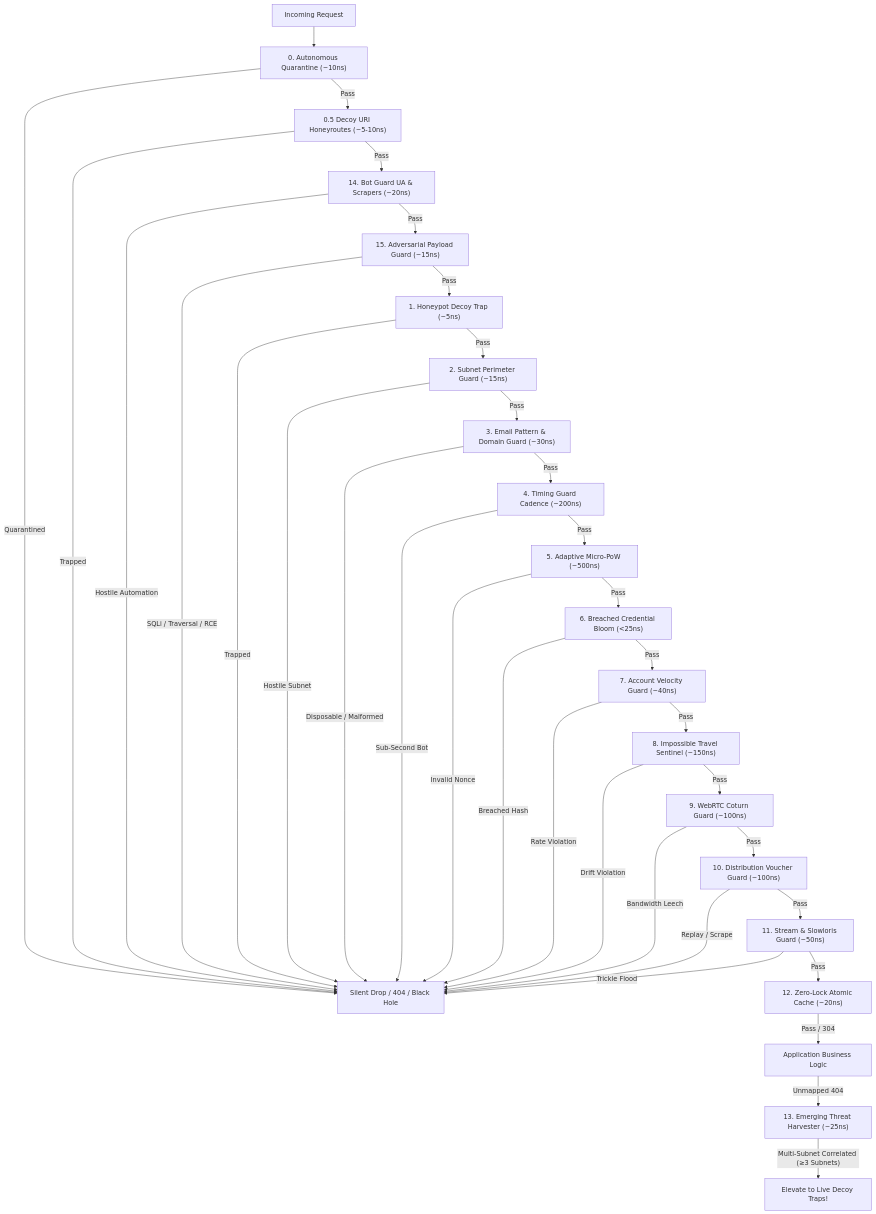
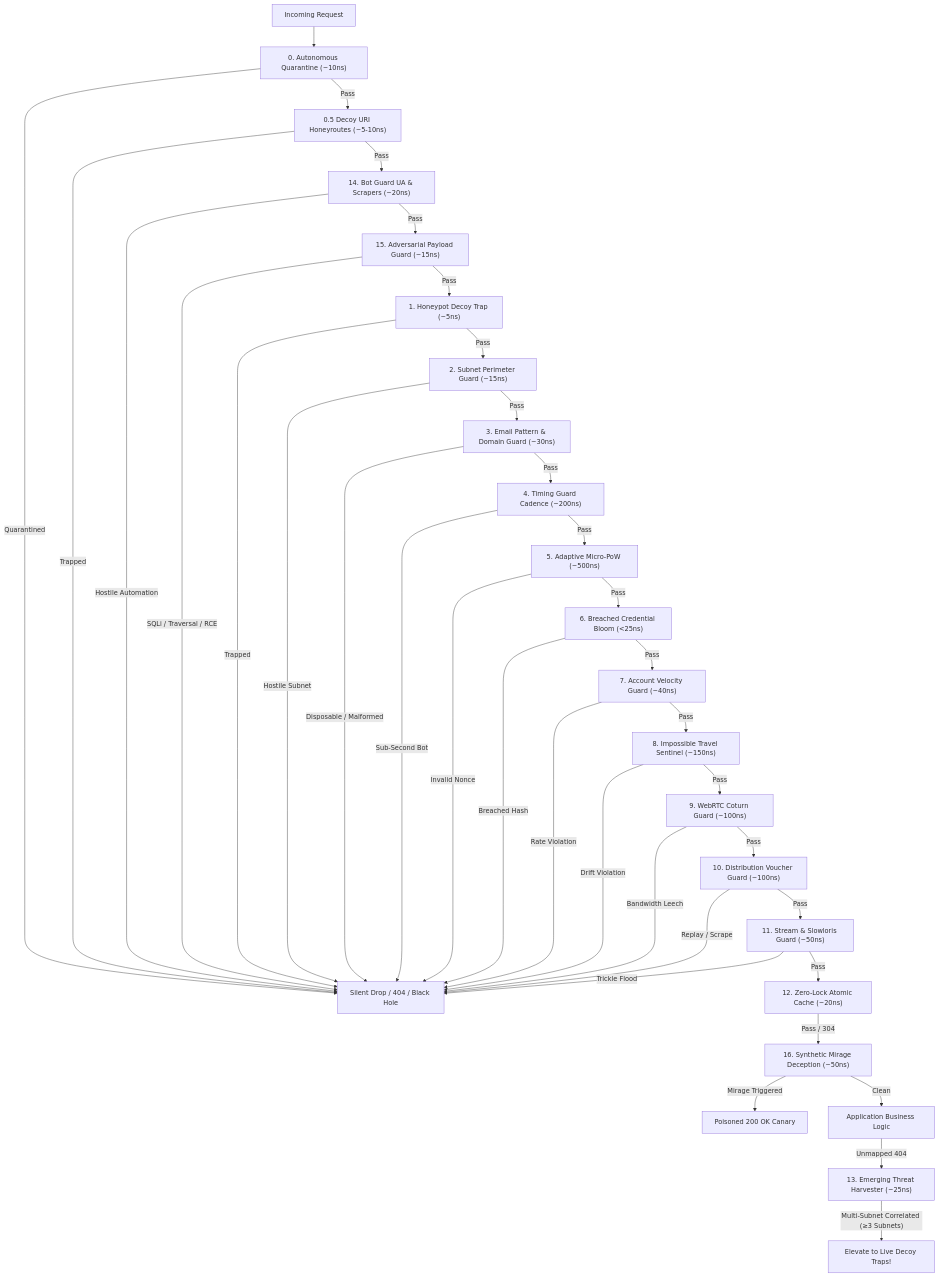
The first of 2 diagrams in docs/01_ARCHITECTURE_AND_COST_HIERARCHY.md (rmediatech/phylax), drawn with Mermaid before and after one commit. The commit also changed other lines of this file and 3 other files, not shown here.

Commit message:
docs: synchronize 16-layer architecture hierarchy, test counts, and v0.6.0 release links

````diff
--- a/docs/01_ARCHITECTURE_AND_COST_HIERARCHY.md
+++ b/docs/01_ARCHITECTURE_AND_COST_HIERARCHY.md
@@ -27,37 +27,39 @@
 ```mermaid
 flowchart TD
     REQ["Incoming Request"] --> L0["0. Autonomous Quarantine (~10ns)"]
     L0 -- Quarantined --> STOP["Silent Drop / 404 / Black Hole"]
     L0 -- Pass --> L05["0.5 Decoy URI Honeyroutes (~5-10ns)"]
     L05 -- Trapped --> STOP
     L05 -- Pass --> L14["14. Bot Guard UA & Scrapers (~20ns)"]
     L14 -- Hostile Automation --> STOP
     L14 -- Pass --> L15["15. Adversarial Payload Guard (~15ns)"]
     L15 -- SQLi / Traversal / RCE --> STOP
     L15 -- Pass --> L1["1. Honeypot Decoy Trap (~5ns)"]
     L1 -- Trapped --> STOP
     L1 -- Pass --> L2["2. Subnet Perimeter Guard (~15ns)"]
     L2 -- Hostile Subnet --> STOP
     L2 -- Pass --> L3["3. Email Pattern & Domain Guard (~30ns)"]
     L3 -- Disposable / Malformed --> STOP
     L3 -- Pass --> L4["4. Timing Guard Cadence (~200ns)"]
     L4 -- Sub-Second Bot --> STOP
     L4 -- Pass --> L5["5. Adaptive Micro-PoW (~500ns)"]
     L5 -- Invalid Nonce --> STOP
     L5 -- Pass --> L6["6. Breached Credential Bloom (<25ns)"]
     L6 -- Breached Hash --> STOP
     L6 -- Pass --> L7["7. Account Velocity Guard (~40ns)"]
     L7 -- Rate Violation --> STOP
     L7 -- Pass --> L8["8. Impossible Travel Sentinel (~150ns)"]
     L8 -- Drift Violation --> STOP
     L8 -- Pass --> L9["9. WebRTC Coturn Guard (~100ns)"]
     L9 -- Bandwidth Leech --> STOP
     L9 -- Pass --> L10["10. Distribution Voucher Guard (~100ns)"]
     L10 -- Replay / Scrape --> STOP
     L10 -- Pass --> L11["11. Stream & Slowloris Guard (~50ns)"]
     L11 -- Trickle Flood --> STOP
     L11 -- Pass --> L12["12. Zero-Lock Atomic Cache (~20ns)"]
-    L12 -- Pass / 304 --> APP["Application Business Logic"]
+    L12 -- Pass / 304 --> L16["16. Synthetic Mirage Deception (~50ns)"]
+    L16 -- Mirage Triggered --> POISON["Poisoned 200 OK Canary"]
+    L16 -- Clean --> APP["Application Business Logic"]
     APP -- Unmapped 404 --> L13["13. Emerging Threat Harvester (~25ns)"]
     L13 -- Multi-Subnet Correlated (≥3 Subnets) --> ELEVATE["Elevate to Live Decoy Traps!"]
 ```
````
